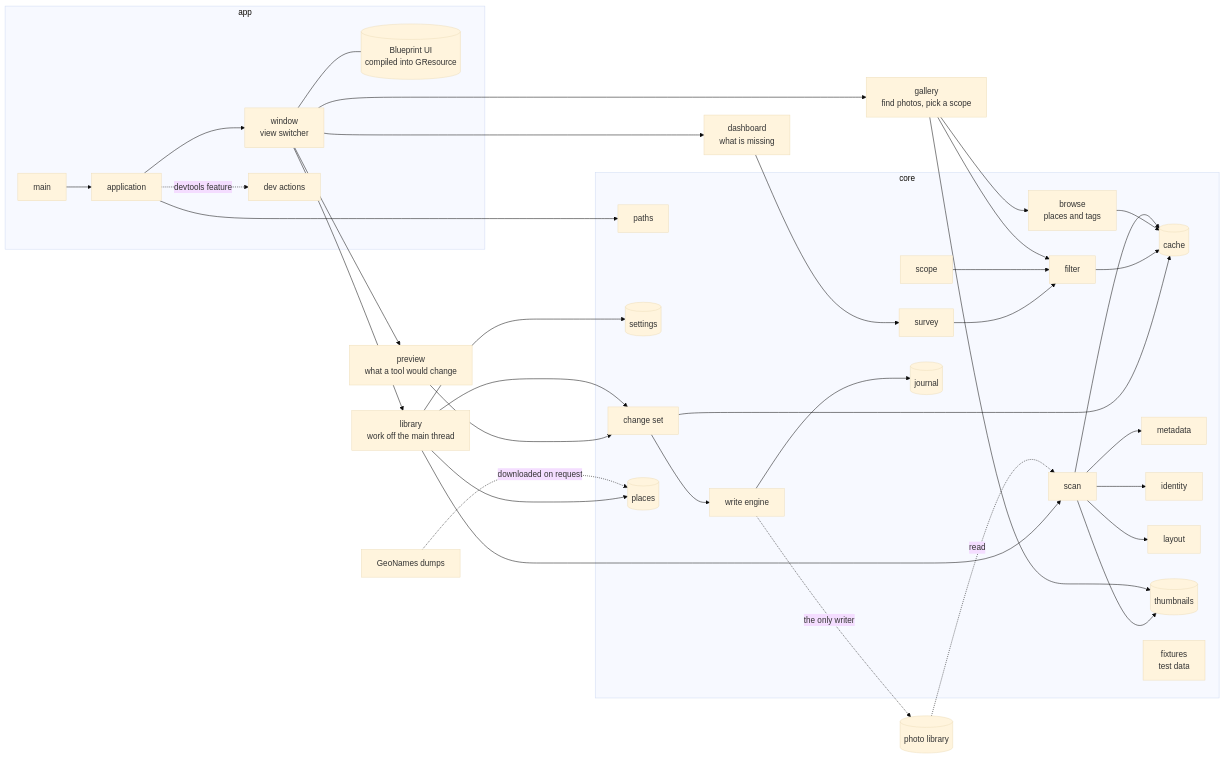
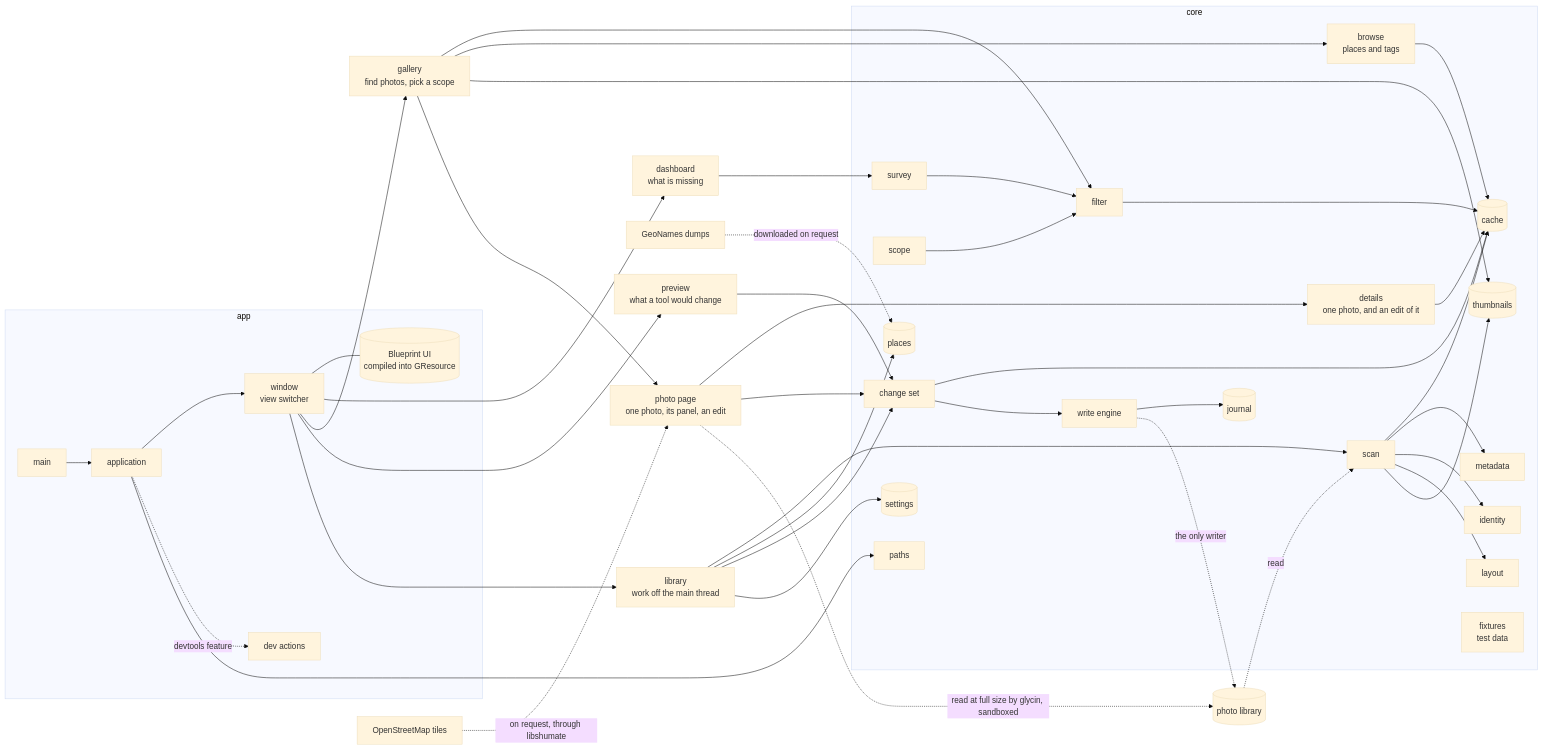
One commit to xuedi/photoManager changed the diagram in docs/overview.md. Above: the diagram before and after it, drawn with Mermaid (base theme). The commit also changed other lines of this file and 4 other files, not shown here.

````diff
--- a/docs/overview.md
+++ b/docs/overview.md
@@ -5,43 +5,49 @@
 ```mermaid
 flowchart LR
     subgraph app [app]
         main[main] --> application
         application --> window[window<br/>view switcher]
         application -. devtools feature .-> devtools[dev actions]
         window --- blueprint[(Blueprint UI<br/>compiled into GResource)]
     end
     subgraph core [core]
         paths
         settings[(settings)]
         changeset[change set] --> cache
+        details[details<br/>one photo, and an edit of it] --> cache
         survey --> filter --> cache
         browse[browse<br/>places and tags] --> cache
         scope --> filter
         changeset --> write
         scan --> cache[(cache)]
         scan --> metadata
         scan --> identity
         scan --> layout
         scan --> thumbs[(thumbnails)]
         geo[(places)]
         write[write engine] --> journal[(journal)]
         fixtures[fixtures<br/>test data]
     end
     application --> paths
     window --> dashboard[dashboard<br/>what is missing]
     dashboard --> survey
     window --> gallery[gallery<br/>find photos, pick a scope]
     gallery --> filter
     gallery --> browse
     gallery --> thumbs
+    gallery --> photo[photo page<br/>one photo, its panel, an edit]
+    photo --> details
+    photo --> changeset
+    photo -. read at full size by glycin, sandboxed .-> photos
     window --> preview[preview<br/>what a tool would change]
     window --> library[library<br/>work off the main thread]
     preview --> changeset
     library --> scan
     library --> geo
     library --> changeset
     library --> settings
     photos[(photo library)] -. read .-> scan
     write -. the only writer .-> photos
     geonames[GeoNames dumps] -. downloaded on request .-> geo
+    osm[OpenStreetMap tiles] -. on request, through libshumate .-> photo
 ```
````
